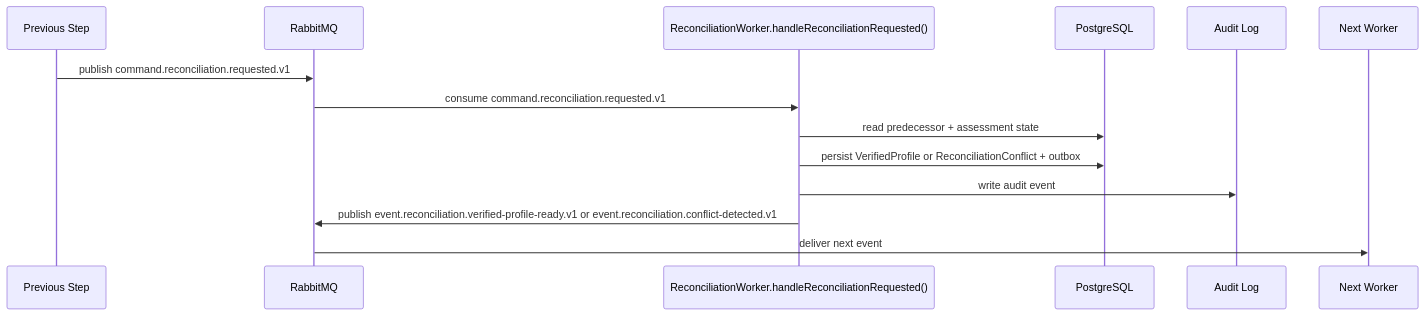
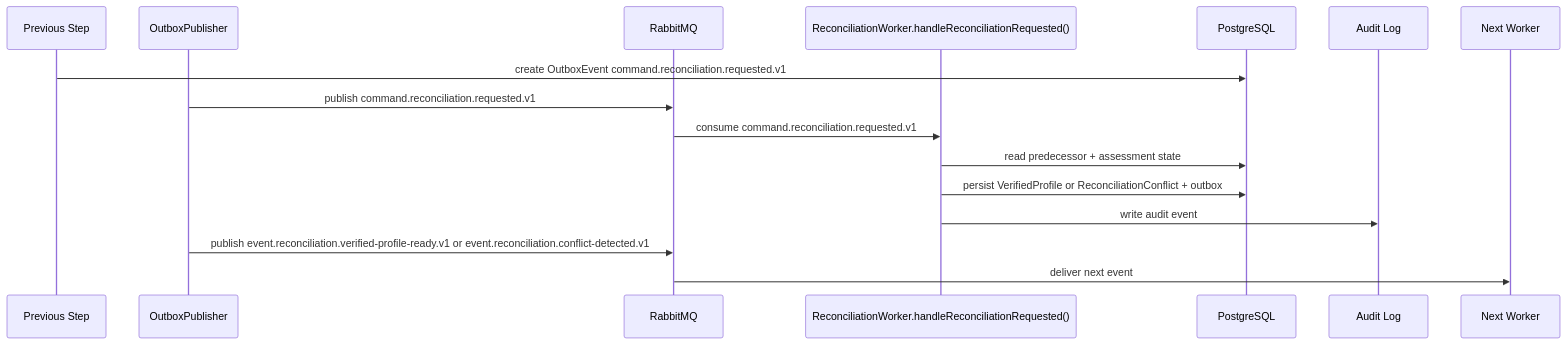
Before and after one commit to khovan123/LCSP: the diagram in docs/developer-execution-blueprints/reconciliation-blueprint.md, drawn with Mermaid. The commit also changed 21 other files, not shown here.

````diff
--- a/docs/developer-execution-blueprints/reconciliation-blueprint.md
+++ b/docs/developer-execution-blueprints/reconciliation-blueprint.md
@@ -122,17 +122,19 @@
 ```mermaid
 sequenceDiagram
   participant Prev as Previous Step
+  participant Outbox as OutboxPublisher
   participant MQ as RabbitMQ
   participant Worker as ReconciliationWorker.handleReconciliationRequested()
   participant DB as PostgreSQL
   participant Audit as Audit Log
   participant Next as Next Worker
 
-  Prev->>MQ: publish command.reconciliation.requested.v1
+  Prev->>DB: create OutboxEvent command.reconciliation.requested.v1
+  Outbox->>MQ: publish command.reconciliation.requested.v1
   MQ->>Worker: consume command.reconciliation.requested.v1
   Worker->>DB: read predecessor + assessment state
   Worker->>DB: persist VerifiedProfile or ReconciliationConflict + outbox
   Worker->>Audit: write audit event
-  Worker->>MQ: publish event.reconciliation.verified-profile-ready.v1 or event.reconciliation.conflict-detected.v1
+  Outbox->>MQ: publish event.reconciliation.verified-profile-ready.v1 or event.reconciliation.conflict-detected.v1
   MQ->>Next: deliver next event
 ```
````
